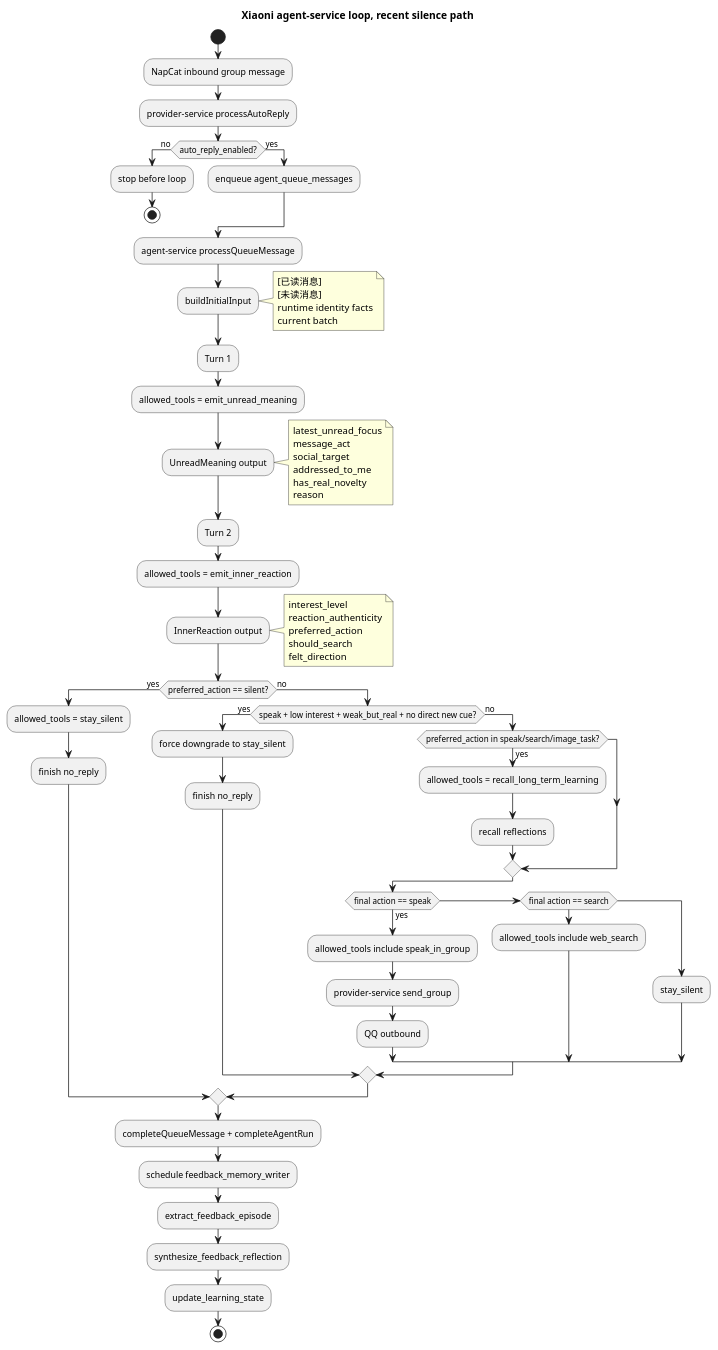
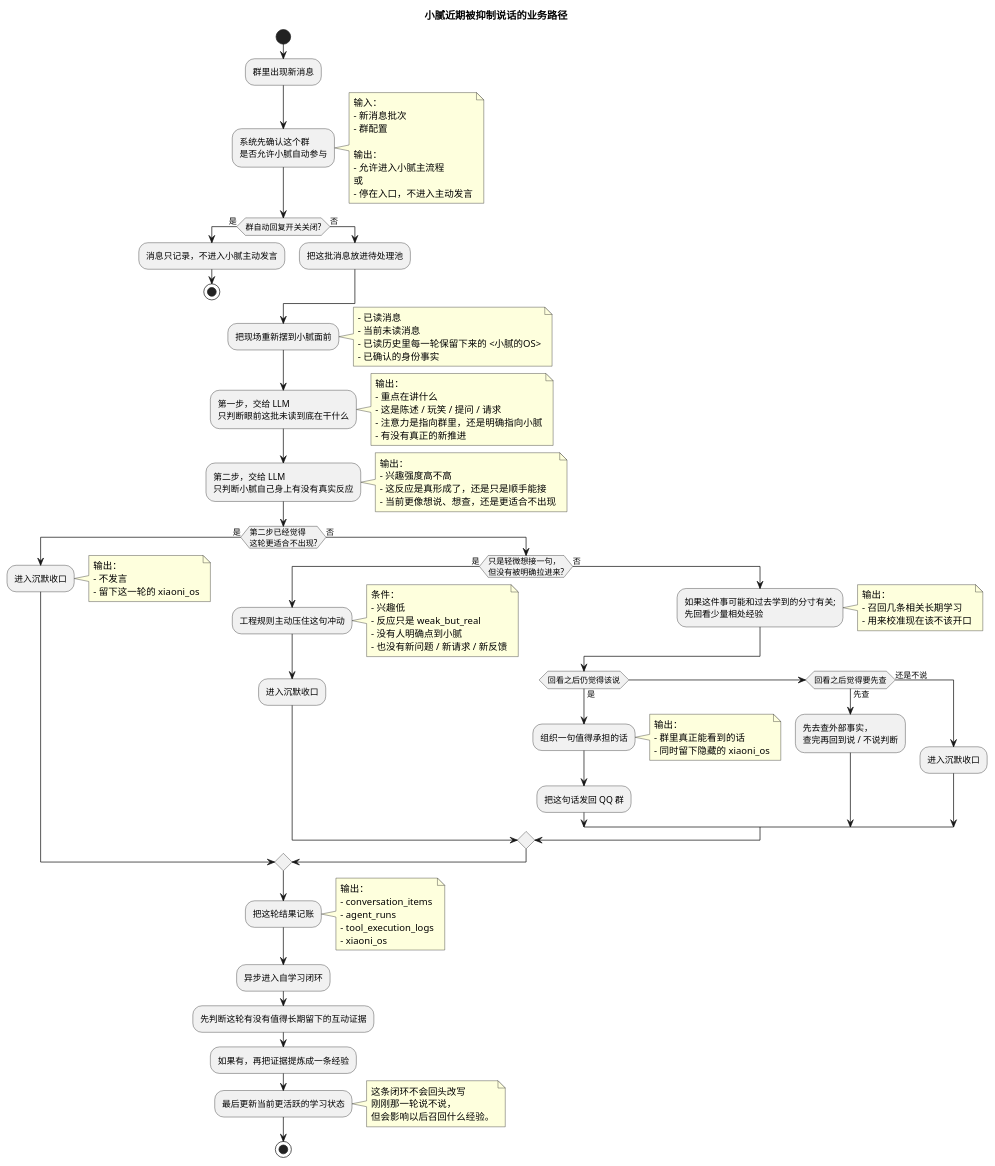
The first of 2 diagrams in docs/AGENTS_AGENT_LOOP_RUNTIME.md (Hei-AI/xiaoni_cc), drawn with PlantUML before and after one commit. The commit also changed other lines of this file and 105 other files, not shown here.

````diff
--- a/docs/AGENTS_AGENT_LOOP_RUNTIME.md
+++ b/docs/AGENTS_AGENT_LOOP_RUNTIME.md
@@ -69,79 +33,113 @@
 ```plantuml
 @startuml
-title Xiaoni agent-service loop, recent silence path
+title 小腻近期被抑制说话的业务路径
 
 start
-:NapCat inbound group message;
-:provider-service processAutoReply;
+:群里出现新消息;
+:系统先确认这个群\n是否允许小腻自动参与;
+note right
+输入：
+- 新消息批次
+- 群配置
 
-if (auto_reply_enabled?) then (no)
-  :stop before loop;
+输出：
+- 允许进入小腻主流程
+或
+- 停在入口，不进入主动发言
+end note
+
+if (群自动回复开关关闭?) then (是)
+  :消息只记录，不进入小腻主动发言;
   stop
-else (yes)
-  :enqueue agent_queue_messages;
+else (否)
+  :把这批消息放进待处理池;
 endif
 
-:agent-service processQueueMessage;
-:buildInitialInput;
+:把现场重新摆到小腻面前;
 note right
-[已读消息]
-[未读消息]
-runtime identity facts
-current batch
+- 已读消息
+- 当前未读消息
+- 已读历史里每一轮保留下来的 <小腻的OS>
+- 已确认的身份事实
 end note
 
-:Turn 1;
-:allowed_tools = emit_unread_meaning;
-:UnreadMeaning output;
+:第一步，交给 LLM\n只判断眼前这批未读到底在干什么;
 note right
-latest_unread_focus
-message_act
-social_target
-addressed_to_me
-has_real_novelty
-reason
+输出：
+- 重点在讲什么
+- 这是陈述 / 玩笑 / 提问 / 请求
+- 注意力是指向群里，还是明确指向小腻
+- 有没有真正的新推进
 end note
 
-:Turn 2;
-:allowed_tools = emit_inner_reaction;
-:InnerReaction output;
+:第二步，交给 LLM\n只判断小腻自己身上有没有真实反应;
 note right
-interest_level
-reaction_authenticity
-preferred_action
-should_search
-felt_direction
+输出：
+- 兴趣强度高不高
+- 这反应是真形成了，还是只是顺手能接
+- 当前更像想说、想查，还是更适合不出现
 end note
 
-if (preferred_action == silent?) then (yes)
-  :allowed_tools = stay_silent;
-  :finish no_reply;
-else (no)
-  if (speak + low interest + weak_but_real + no direct new cue?) then (yes)
-    :force downgrade to stay_silent;
-    :finish no_reply;
-  else (no)
-    if (preferred_action in speak/search/image_task?) then (yes)
-      :allowed_tools = recall_long_term_learning;
-      :recall reflections;
-    endif
-    if (final action == speak) then (yes)
-      :allowed_tools include speak_in_group;
-      :provider-service send_group;
-      :QQ outbound;
-    elseif (final action == search)
-      :allowed_tools include web_search;
-    else
-      :stay_silent;
+if (第二步已经觉得\n这轮更适合不出现?) then (是)
+  :进入沉默收口;
+  note right
+  输出：
+  - 不发言
+  - 留下这一轮的 xiaoni_os
+  end note
+else (否)
+  if (只是轻微想接一句，\n但没有被明确拉进来?) then (是)
+  :工程规则主动压住这句冲动;
+    note right
+    条件：
+    - 兴趣低
+    - 反应只是 weak_but_real
+    - 没有人明确点到小腻
+    - 也没有新问题 / 新请求 / 新反馈
+    end note
+    :进入沉默收口;
+  else (否)
+    :如果这件事可能和过去学到的分寸有关;\n先回看少量相处经验;
+    note right
+    输出：
+    - 召回几条相关长期学习
+    - 用来校准现在该不该开口
+    end note
+
+    if (回看之后仍觉得该说) then (是)
+      :组织一句值得承担的话;
+      note right
+      输出：
+      - 群里真正能看到的话
+      - 同时留下隐藏的 xiaoni_os
+      end note
+      :把这句话发回 QQ 群;
+    elseif (回看之后觉得要先查) then (先查)
+      :先去查外部事实，\n查完再回到说 / 不说判断;
+    else (还是不说)
+      :进入沉默收口;
     endif
   endif
 endif
 
-:completeQueueMessage + completeAgentRun;
-:schedule feedback_memory_writer;
-:extract_feedback_episode;
-:synthesize_feedback_reflection;
-:update_learning_state;
+:把这轮结果记账;
+note right
+输出：
+- conversation_items
+- agent_runs
+- tool_execution_logs
+- xiaoni_os
+end note
+
+:异步进入自学习闭环;
+:先判断这轮有没有值得长期留下的互动证据;
+:如果有，再把证据提炼成一条经验;
+:最后更新当前更活跃的学习状态;
+note right
+这条闭环不会回头改写
+刚刚那一轮说不说，
+但会影响以后召回什么经验。
+end note
 stop
 @enduml
 ```
````
